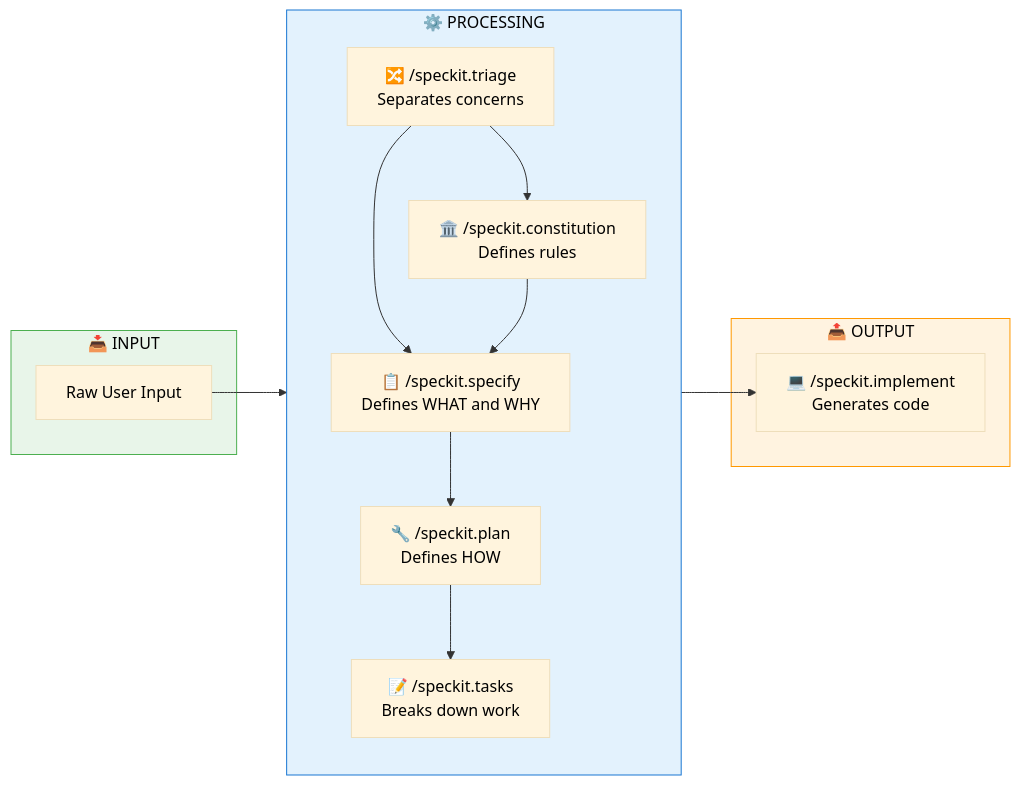
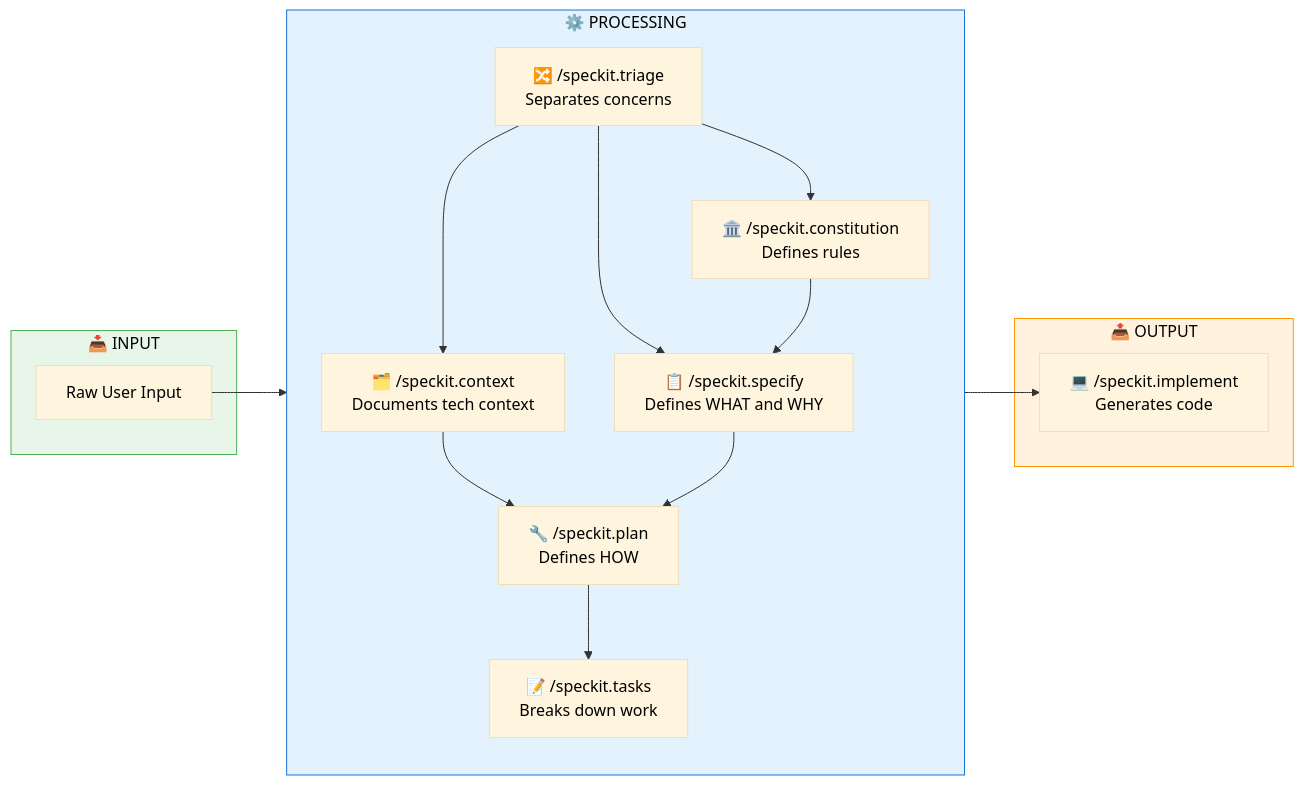
The fourth of 7 diagrams in .specify/docs/flows/overview.md (Trindade11/Teste), drawn with Mermaid before and after one commit. The commit also changed other lines of this file and 25 other files, not shown here.

````diff
--- a/.specify/docs/flows/overview.md
+++ b/.specify/docs/flows/overview.md
@@ -107,32 +112,35 @@
 ```mermaid
 %%{init: {'theme': 'base', 'themeVariables': { 'primaryTextColor': '#000', 'secondaryTextColor': '#000', 'tertiaryTextColor': '#000', 'lineColor': '#333'}}}%%
 flowchart LR
     subgraph Input["📥 INPUT"]
         Raw[Raw User Input]
     end
     
     subgraph Processing["⚙️ PROCESSING"]
         direction TB
         Triage["🔀 /speckit.triage<br/>Separates concerns"]
+        Context["🗂️ /speckit.context<br/>Documents tech context"]
         Const["🏛️ /speckit.constitution<br/>Defines rules"]
         Spec["📋 /speckit.specify<br/>Defines WHAT and WHY"]
         Plan["🔧 /speckit.plan<br/>Defines HOW"]
         Task["📝 /speckit.tasks<br/>Breaks down work"]
     end
     
     subgraph Output["📤 OUTPUT"]
         Impl["💻 /speckit.implement<br/>Generates code"]
     end
     
     Raw --> Triage
     Triage --> Const
     Triage --> Spec
+    Triage --> Context
+    Context --> Plan
     Const --> Spec
     Spec --> Plan
     Plan --> Task
     Task --> Impl
     
     style Input fill:#e8f5e9,stroke:#4caf50,color:#000
     style Processing fill:#e3f2fd,stroke:#1976d2,color:#000
     style Output fill:#fff3e0,stroke:#ff9800,color:#000
 ```
````
